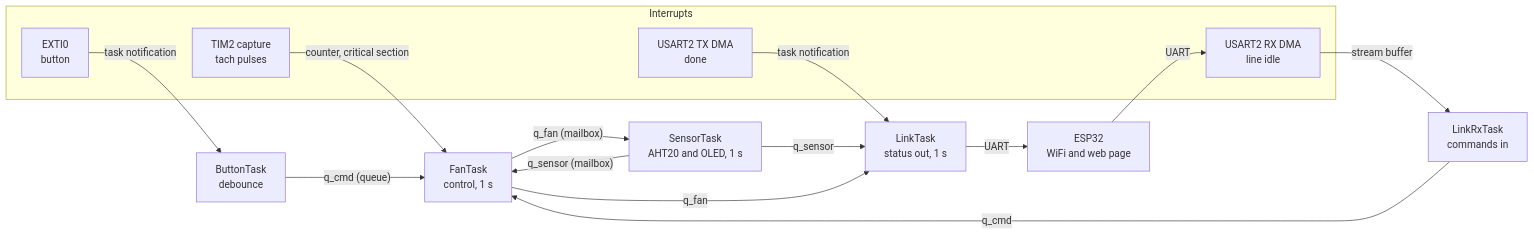
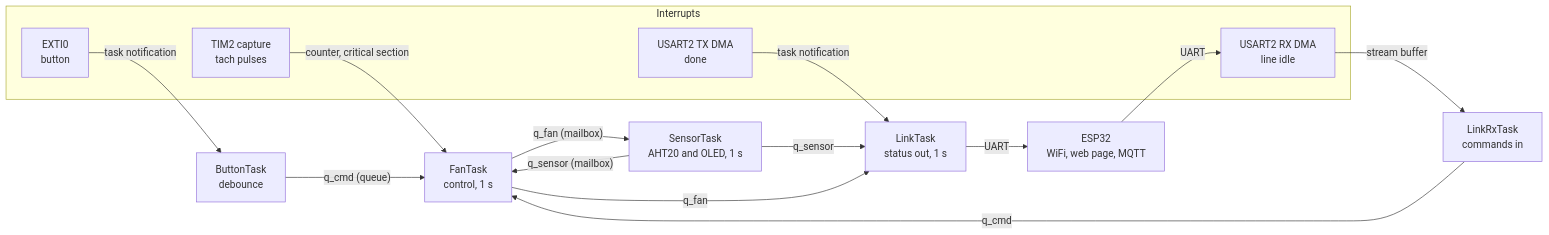
One commit to Hani256/smart-fan changed the diagram in README.md. Above: the diagram before and after it, drawn with Mermaid. The commit also changed other lines of this file, not shown here.

Commit message:
README: the MQTT topics and how to try them

````diff
--- a/README.md
+++ b/README.md
@@ -77,28 +79,28 @@
 ```mermaid
 flowchart LR
   subgraph ISR["Interrupts"]
     TACH["TIM2 capture<br/>tach pulses"]
     BTN["EXTI0<br/>button"]
     URX["USART2 RX DMA<br/>line idle"]
     UTX["USART2 TX DMA<br/>done"]
   end
   SENS["SensorTask<br/>AHT20 and OLED, 1 s"]
   FAN["FanTask<br/>control, 1 s"]
   LINK["LinkTask<br/>status out, 1 s"]
   LRX["LinkRxTask<br/>commands in"]
   BT["ButtonTask<br/>debounce"]
-  ESP["ESP32<br/>WiFi and web page"]
+  ESP["ESP32<br/>WiFi, web page, MQTT"]
 
   SENS -- "q_sensor (mailbox)" --> FAN
   SENS -- "q_sensor" --> LINK
   FAN -- "q_fan (mailbox)" --> SENS
   FAN -- "q_fan" --> LINK
   BT -- "q_cmd (queue)" --> FAN
   LRX -- "q_cmd" --> FAN
   TACH -- "counter, critical section" --> FAN
   BTN -- "task notification" --> BT
   URX -- "stream buffer" --> LRX
   UTX -- "task notification" --> LINK
   LINK -- "UART" --> ESP
   ESP -- "UART" --> URX
 ```
````
